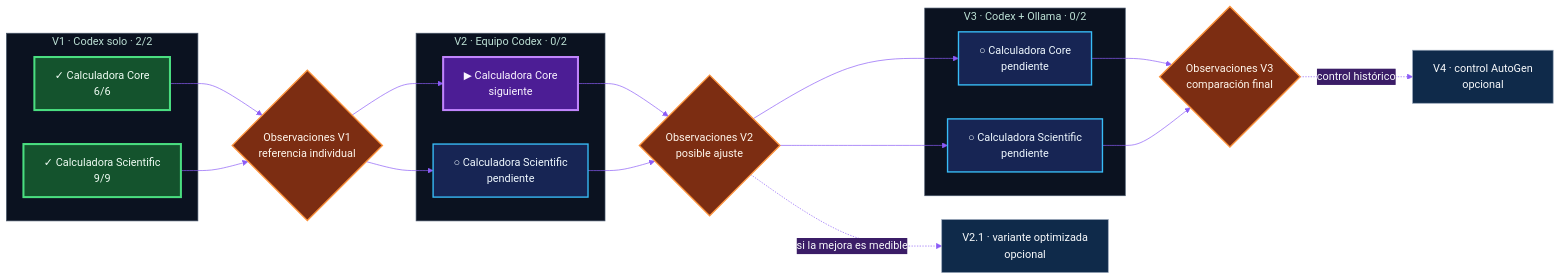
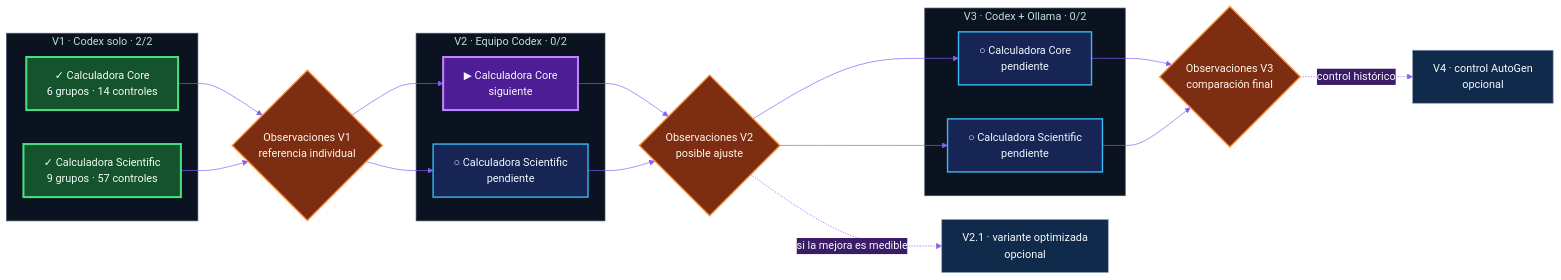
Before and after one commit to ERICRAC/AgentBench-2026: the diagram in README.es.md, drawn with Mermaid. The commit also changed other lines of this file and 15 other files, not shown here.

````diff
--- a/README.es.md
+++ b/README.es.md
@@ -38,44 +38,44 @@
 ```mermaid
 %%{init: {"theme": "base", "themeVariables": {
   "primaryColor": "#0f2a4a", "primaryTextColor": "#f8fafc",
   "primaryBorderColor": "#22d3ee", "secondaryColor": "#3b1d67",
   "tertiaryColor": "#431f2b", "fontFamily": "system-ui",
   "lineColor": "#8b5cf6", "clusterBkg": "#0b1220",
   "clusterBorder": "#475569"
 }}}%%
 flowchart LR
     subgraph V1["V1 · Codex solo · 2/2"]
-      V1C["✓ Calculadora Core<br/>6/6"]
-      V1S["✓ Calculadora Scientific<br/>9/9"]
+      V1C["✓ Calculadora Core<br/>6 grupos · 14 controles"]
+      V1S["✓ Calculadora Scientific<br/>9 grupos · 57 controles"]
     end
     G1{"Observaciones V1<br/>referencia individual"}
     subgraph V2["V2 · Equipo Codex · 0/2"]
       V2C["▶ Calculadora Core<br/>siguiente"]
       V2S["○ Calculadora Scientific<br/>pendiente"]
     end
     G2{"Observaciones V2<br/>posible ajuste"}
     V21["V2.1 · variante optimizada<br/>opcional"]
     subgraph V3["V3 · Codex + Ollama · 0/2"]
       V3C["○ Calculadora Core<br/>pendiente"]
       V3S["○ Calculadora Scientific<br/>pendiente"]
     end
     G3{"Observaciones V3<br/>comparación final"}
     V4["V4 · control AutoGen<br/>opcional"]
     V1C & V1S --> G1
     G1 --> V2C & V2S
     V2C & V2S --> G2
     G2 -. "si la mejora es medible" .-> V21
     G2 --> V3C & V3S
     V3C & V3S --> G3
     G3 -. "control histórico" .-> V4
     classDef done fill:#14532d,stroke:#4ade80,color:#f0fdf4,stroke-width:3px;
     classDef next fill:#4c1d95,stroke:#c084fc,color:#faf5ff,stroke-width:3px;
     classDef todo fill:#172554,stroke:#38bdf8,color:#f0f9ff,stroke-width:2px;
     classDef gate fill:#7c2d12,stroke:#fb923c,color:#fff7ed,stroke-width:2px;
     classDef optional fill:#0f2a4a,stroke:#94a3b8,color:#f8fafc;
     class V1C,V1S done;
     class V2C next;
     class V2S,V3C,V3S todo;
     class G1,G2,G3 gate;
     class V21,V4 optional;
 ```
````
